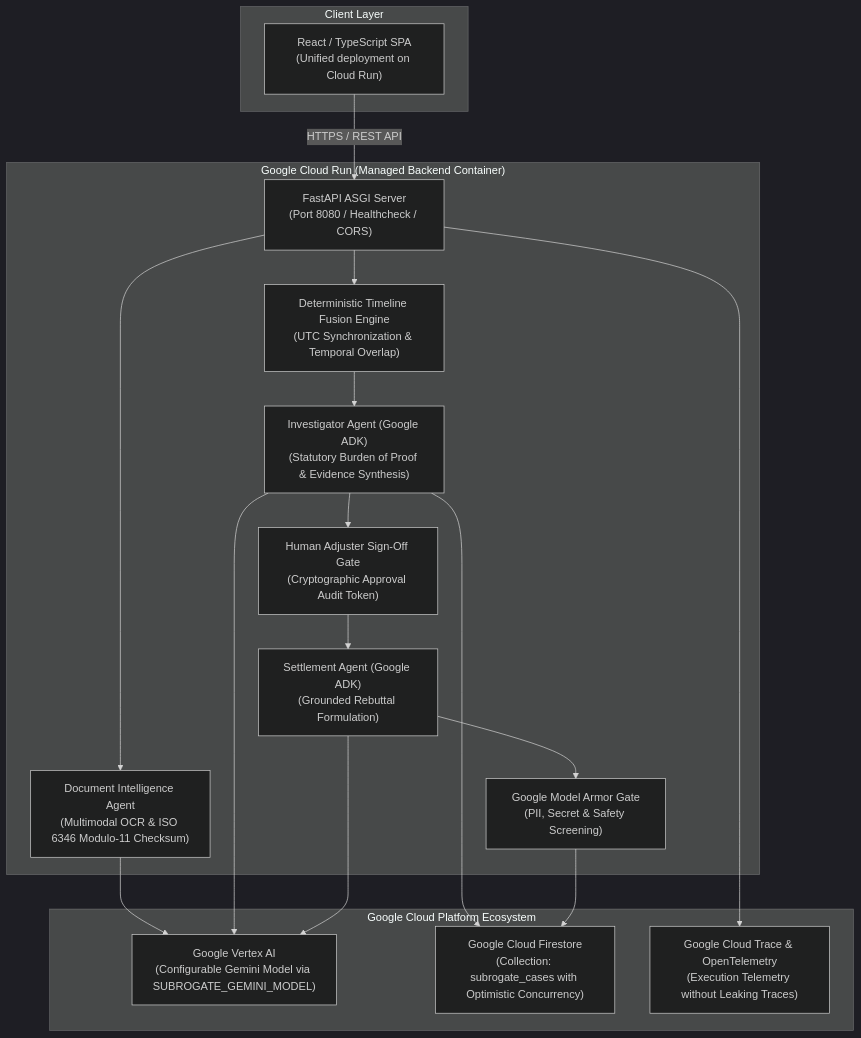
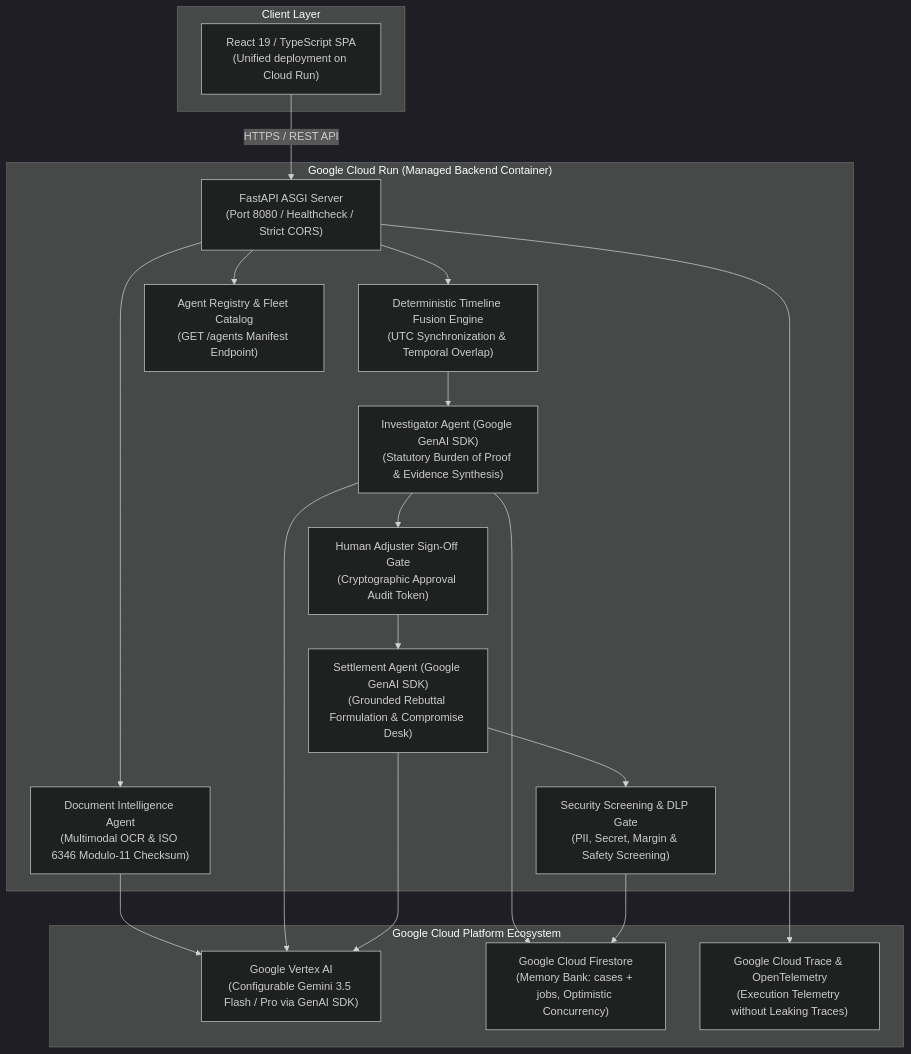
Before and after one commit to malicodes2/SubroGate: the second of 2 diagrams in README.md, drawn with Mermaid (dark theme). The commit also changed other lines of this file and 34 other files, not shown here.

Commit message:
feat: complete QA remediation, security hardening, recovery desk redesign, and ADK integration

````diff
--- a/README.md
+++ b/README.md
@@ -70,36 +71,38 @@
 ```mermaid
 flowchart TD
     subgraph ClientLayer ["Client Layer"]
-        A["React / TypeScript SPA\n(Unified deployment on Cloud Run)"]
+        A["React 19 / TypeScript SPA<br>(Unified deployment on Cloud Run)"]
     end
 
     subgraph BackendCloudRun ["Google Cloud Run (Managed Backend Container)"]
-        B["FastAPI ASGI Server\n(Port 8080 / Healthcheck / CORS)"]
-        C["Deterministic Timeline Fusion Engine\n(UTC Synchronization & Temporal Overlap)"]
-        D["Document Intelligence Agent\n(Multimodal OCR & ISO 6346 Modulo-11 Checksum)"]
-        E["Investigator Agent (Google ADK)\n(Statutory Burden of Proof & Evidence Synthesis)"]
-        F["Human Adjuster Sign-Off Gate\n(Cryptographic Approval Audit Token)"]
-        G["Settlement Agent (Google ADK)\n(Grounded Rebuttal Formulation)"]
-        H["Google Model Armor Gate\n(PII, Secret & Safety Screening)"]
+        B["FastAPI ASGI Server<br>(Port 8080 / Healthcheck / Strict CORS)"]
+        C["Deterministic Timeline Fusion Engine<br>(UTC Synchronization & Temporal Overlap)"]
+        D["Document Intelligence Agent<br>(Multimodal OCR & ISO 6346 Modulo-11 Checksum)"]
+        E["Investigator Agent (Google GenAI SDK)<br>(Statutory Burden of Proof & Evidence Synthesis)"]
+        F["Human Adjuster Sign-Off Gate<br>(Cryptographic Approval Audit Token)"]
+        G["Settlement Agent (Google GenAI SDK)<br>(Grounded Rebuttal Formulation & Compromise Desk)"]
+        H["Security Screening & DLP Gate<br>(PII, Secret, Margin & Safety Screening)"]
+        REG["Agent Registry & Fleet Catalog<br>(GET /agents Manifest Endpoint)"]
     end
 
     subgraph GoogleCloudPlatform ["Google Cloud Platform Ecosystem"]
-        I["Google Vertex AI\n(Configurable Gemini Model via SUBROGATE_GEMINI_MODEL)"]
-        J["Google Cloud Firestore\n(Collection: subrogate_cases with Optimistic Concurrency)"]
-        K["Google Cloud Trace & OpenTelemetry\n(Execution Telemetry without Leaking Traces)"]
+        I["Google Vertex AI<br>(Configurable Gemini 3.5 Flash / Pro via GenAI SDK)"]
+        J["Google Cloud Firestore<br>(Memory Bank: cases + jobs, Optimistic Concurrency)"]
+        K["Google Cloud Trace & OpenTelemetry<br>(Execution Telemetry without Leaking Traces)"]
     end
 
     A -->|HTTPS / REST API| B
+    B --> REG
     B --> C
     B --> D
     D --> I
     C --> E
     E --> I
     E --> J
     E --> F
     F --> G
     G --> I
     G --> H
     H --> J
     B --> K
 ```
````
